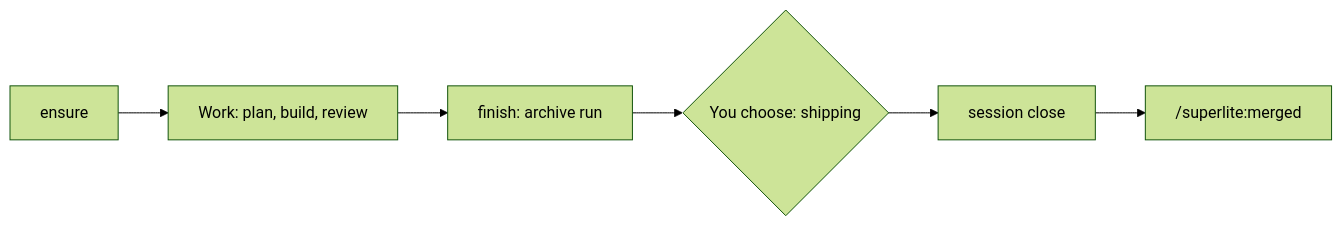
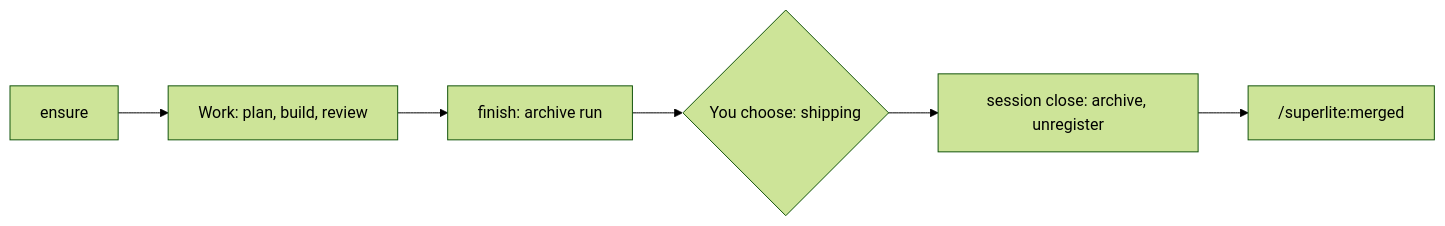
One commit to iha2/superlite changed the diagram in src/content/docs/sessions/lifecycle.md. Above: the diagram before and after it, drawn with Mermaid (forest theme). The commit also changed other lines of this file and 10 other files, not shown here.

First line of the commit message:
Docs site: apply Copilot review (light mode, checks, session close)

````diff
--- a/src/content/docs/sessions/lifecycle.md
+++ b/src/content/docs/sessions/lifecycle.md
@@ -8,8 +8,8 @@
 ```mermaid
 flowchart LR
   E["ensure"] --> W["Work: plan, build, review"]
   W --> F["finish: archive run"]
   F --> S{"You choose: shipping"}
-  S --> C["session close"]
+  S --> C["session close: archive, unregister"]
   C --> M["/superlite:merged"]
 ```
````
